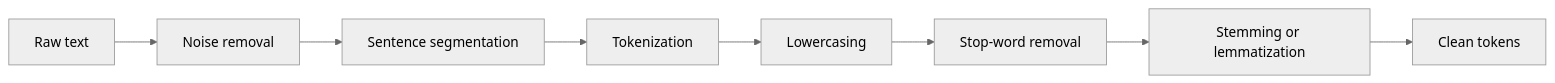
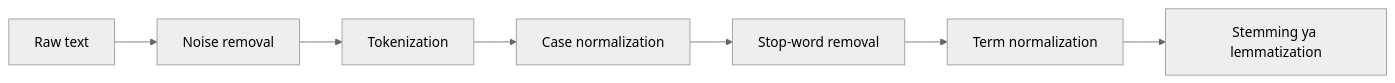
One commit to TrendySloth1001/sem-seven-notes changed the diagram in content/natural-language-processing/pyq/2024-12-ce/q2b.hi.mdx. Above: the diagram before and after it, drawn with Mermaid (neutral theme). The commit also changed other lines of this file and 406 other files, not shown here.

````diff
--- a/content/natural-language-processing/pyq/2024-12-ce/q2b.hi.mdx
+++ b/content/natural-language-processing/pyq/2024-12-ce/q2b.hi.mdx
@@ -9,11 +11,10 @@
 ```mermaid
-%% caption: Ek aam preprocessing pipeline. Har step agle ko cleaner text deta hai; order aur steps task ke hisaab se chune jaate hain.
+%% caption: Text processing pipeline. Raw text andar jaata hai; indexing ke liye ready clean terms bahar aate hain.
 flowchart LR
   A["Raw text"] --> B["Noise removal"]
-  B --> C["Sentence segmentation"]
-  C --> D["Tokenization"]
-  D --> E["Lowercasing"]
-  E --> F["Stop-word removal"]
-  F --> G["Stemming or lemmatization"]
-  G --> H["Clean tokens"]
+  B --> C["Tokenization"]
+  C --> D["Case normalization"]
+  D --> E["Stop-word removal"]
+  E --> F["Term normalization"]
+  F --> G["Stemming ya lemmatization"]
 ```
````
